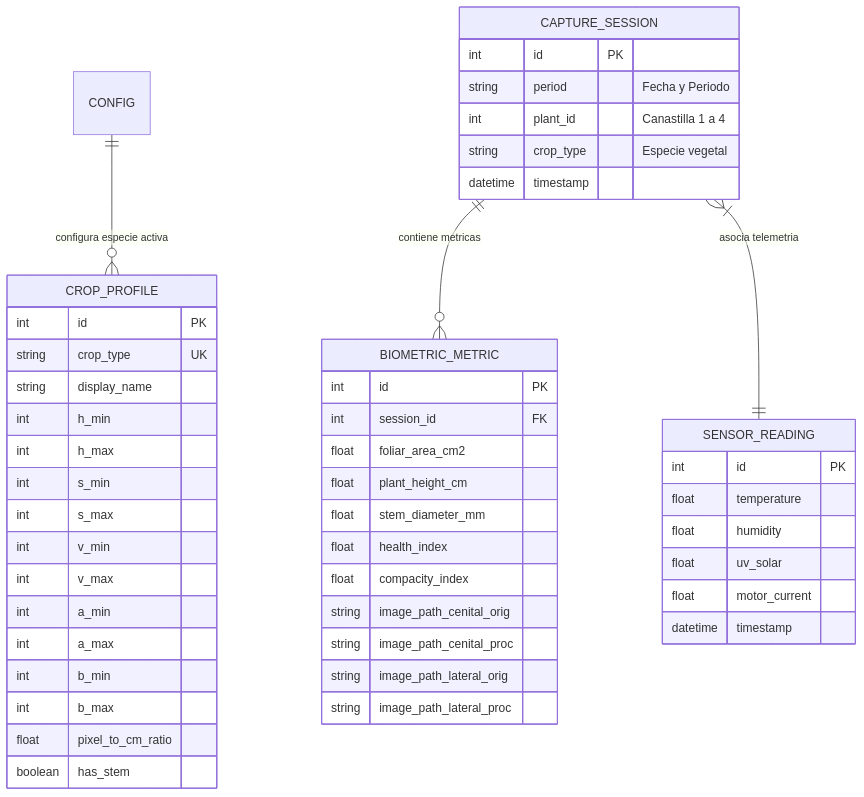
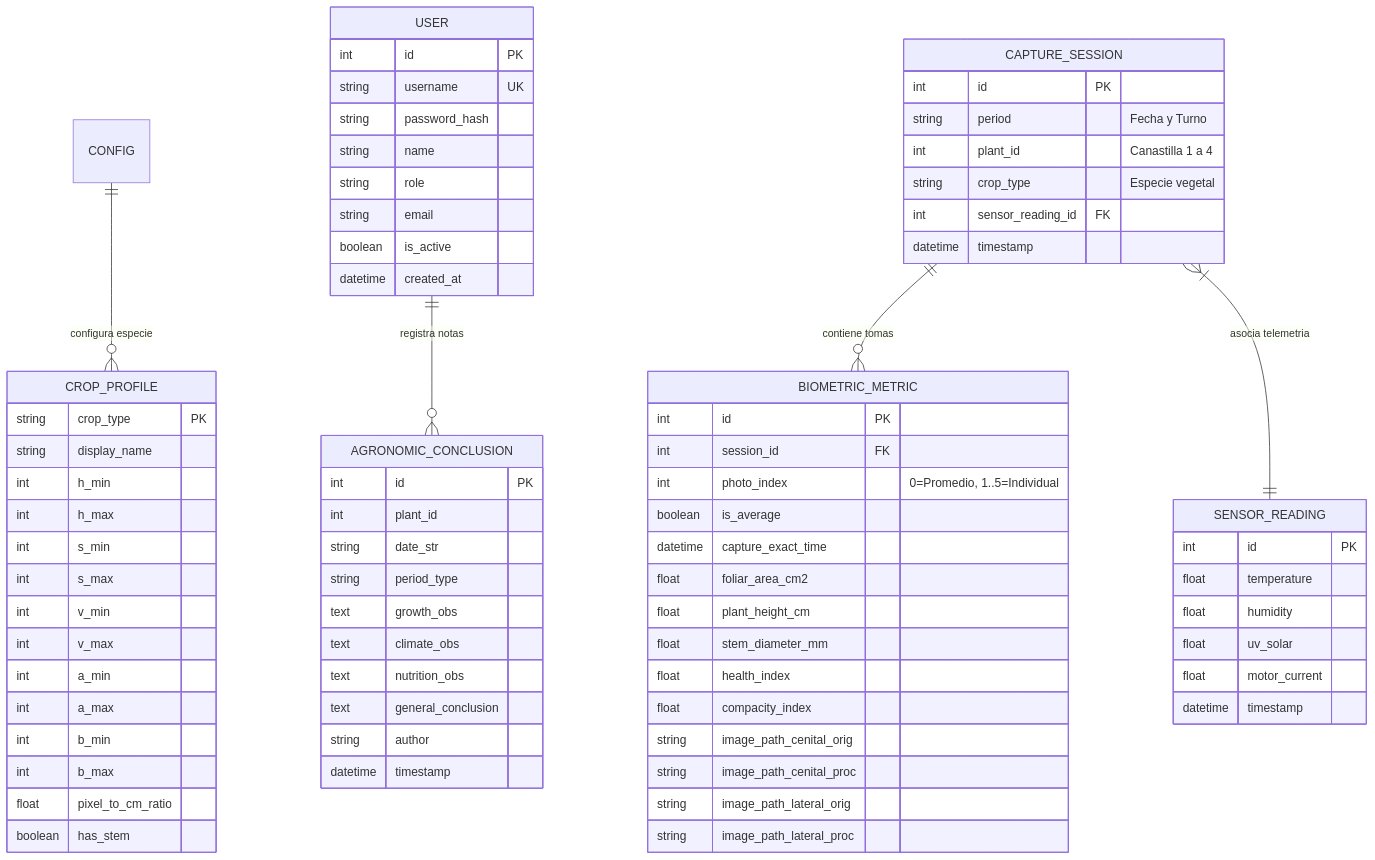
One commit to IsAndresL/SIFMA changed the diagram in README.md. Above: the diagram before and after it, drawn with Mermaid. The commit also changed other lines of this file, not shown here.

````diff
--- a/README.md
+++ b/README.md
@@ -164,20 +213,25 @@
 ```mermaid
 erDiagram
-    CONFIG ||--o{ CROP_PROFILE : "configura especie activa"
-    CAPTURE_SESSION ||--o{ BIOMETRIC_METRIC : "contiene metricas"
+    CONFIG ||--o{ CROP_PROFILE : "configura especie"
+    USER ||--o{ AGRONOMIC_CONCLUSION : "registra notas"
+    CAPTURE_SESSION ||--o{ BIOMETRIC_METRIC : "contiene tomas"
     CAPTURE_SESSION }|--|| SENSOR_READING : "asocia telemetria"
 
     CAPTURE_SESSION {
         int id PK
-        string period "Fecha y Periodo"
+        string period "Fecha y Turno"
         int plant_id "Canastilla 1 a 4"
         string crop_type "Especie vegetal"
+        int sensor_reading_id FK
         datetime timestamp
     }
 
     BIOMETRIC_METRIC {
         int id PK
         int session_id FK
+        int photo_index "0=Promedio, 1..5=Individual"
+        boolean is_average
+        datetime capture_exact_time
         float foliar_area_cm2
         float plant_height_cm
         float stem_diameter_mm
@@ -199,8 +253,7 @@
     }
 
     CROP_PROFILE {
-        int id PK
-        string crop_type UK
+        string crop_type PK
         string display_name
         int h_min
         int h_max
@@ -215,4 +268,28 @@
         float pixel_to_cm_ratio
         boolean has_stem
     }
+
+    AGRONOMIC_CONCLUSION {
+        int id PK
+        int plant_id
+        string date_str
+        string period_type
+        text growth_obs
+        text climate_obs
+        text nutrition_obs
+        text general_conclusion
+        string author
+        datetime timestamp
+    }
+
+    USER {
+        int id PK
+        string username UK
+        string password_hash
+        string name
+        string role
+        string email
+        boolean is_active
+        datetime created_at
+    }
 ```
````
